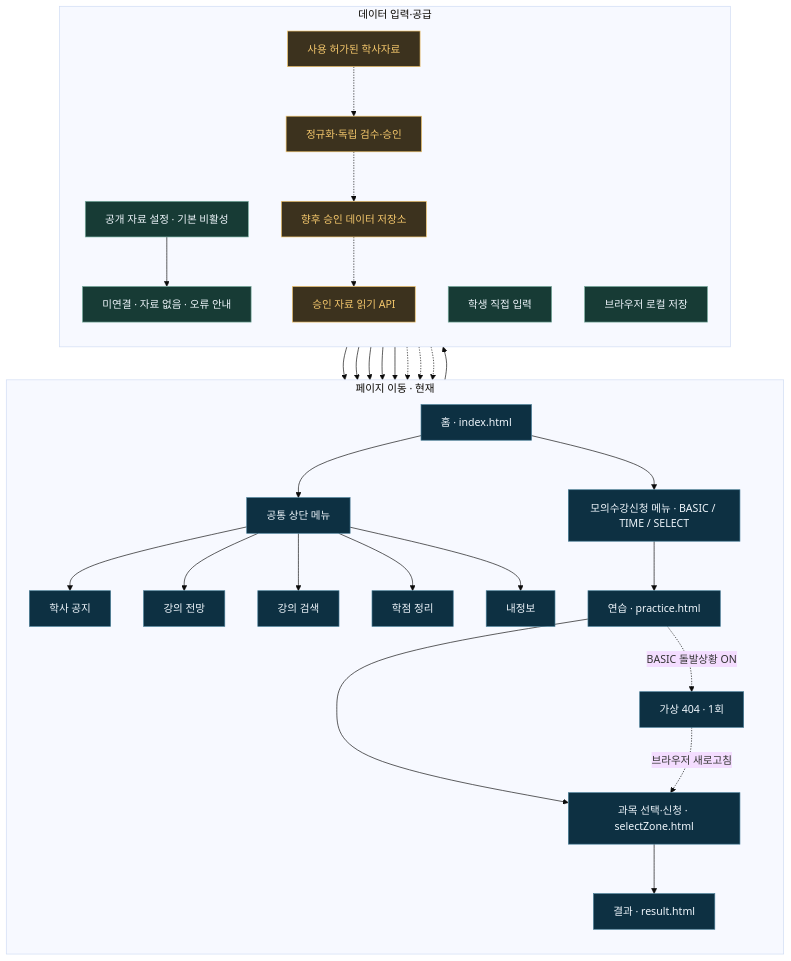
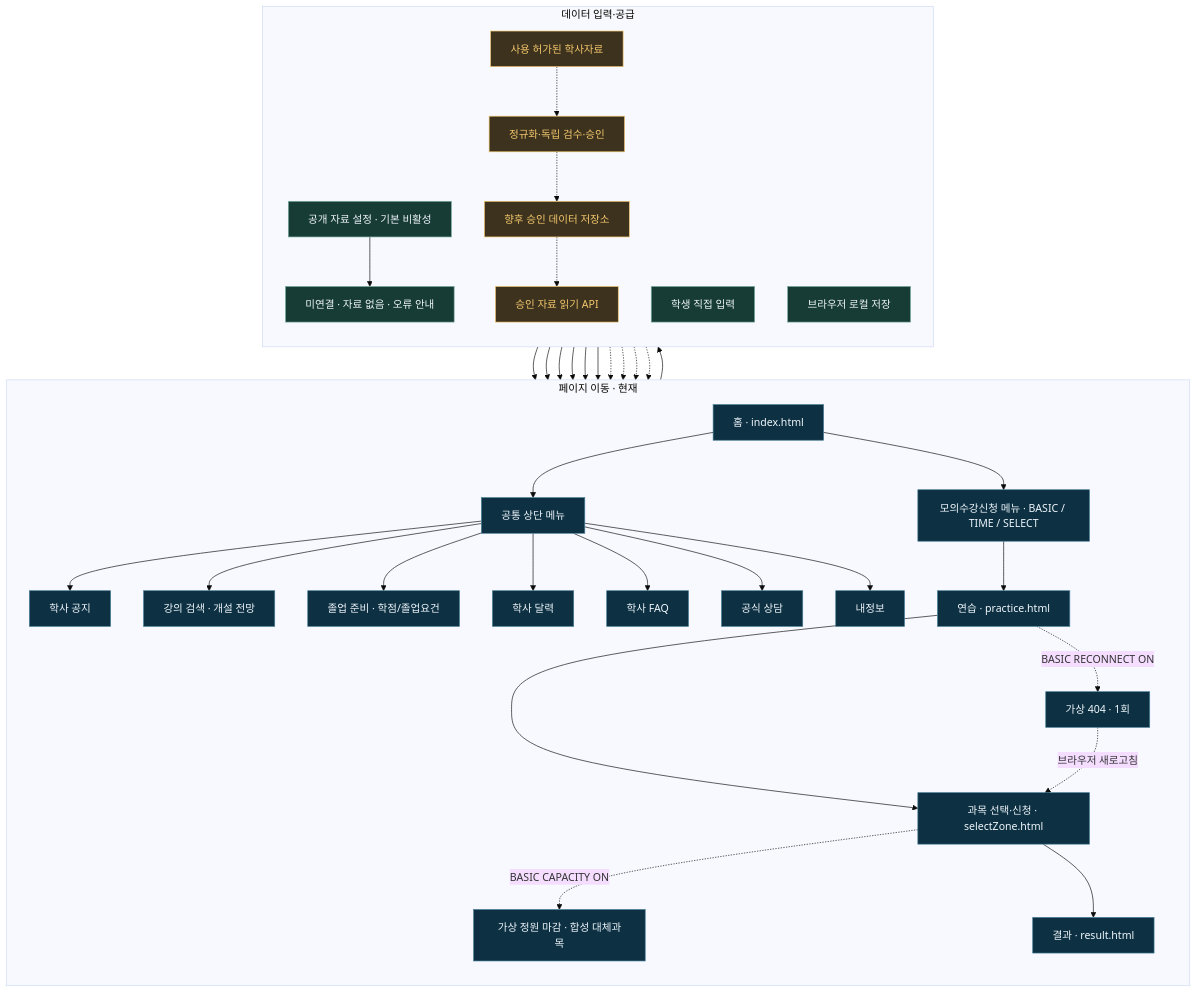
The second of 2 diagrams in README.md (chny0n/Hanmo), drawn with Mermaid (base theme) before and after one commit. The commit also changed other lines of this file, not shown here.

Commit message:
docs: sync README with current UI and BASIC capacity

````diff
--- a/README.md
+++ b/README.md
@@ -122,42 +124,47 @@
 ```mermaid
 flowchart TB
     subgraph P["페이지 이동 · 현재"]
         direction TB
         H["홈 · index.html"] --> NAV["공통 상단 메뉴"]
         NAV --> N["학사 공지"]
-        NAV --> F["강의 전망"]
-        NAV --> C["강의 검색"]
-        NAV --> G["학점 정리"]
+        NAV --> C["강의 검색 · 개설 전망"]
+        NAV --> G["졸업 준비 · 학점/졸업요건"]
+        NAV --> CAL["학사 달력"]
+        NAV --> FAQ["학사 FAQ"]
+        NAV --> SUP["공식 상담"]
         NAV --> I["내정보"]
         H --> M["모의수강신청 메뉴 · BASIC / TIME / SELECT"]
         M --> PR["연습 · practice.html"]
         PR --> SZ["과목 선택·신청 · selectZone.html"]
-        PR -. "BASIC 돌발상황 ON" .-> ERR["가상 404 · 1회"]
+        PR -. "BASIC RECONNECT ON" .-> ERR["가상 404 · 1회"]
         ERR -. "브라우저 새로고침" .-> SZ
+        SZ -. "BASIC CAPACITY ON" .-> CAP["가상 정원 마감 · 합성 대체과목"]
         SZ --> R["결과 · result.html"]
     end
 
     subgraph D["데이터 입력·공급"]
         direction TB
         J["공개 자료 설정 · 기본 비활성"] --> E["미연결 · 자료 없음 · 오류 안내"]
         E --> N
-        E --> F
         E --> C
+        E --> CAL
+        E --> FAQ
         U["학생 직접 입력"] --> I
         I --> LS["브라우저 로컬 저장"]
         U --> G
         S["사용 허가된 학사자료"] -.-> V["정규화·독립 검수·승인"]
         V -.-> DB["향후 승인 데이터 저장소"]
         DB -.-> API["승인 자료 읽기 API"]
         API -.-> N
-        API -.-> F
         API -.-> C
+        API -.-> CAL
+        API -.-> FAQ
     end
 
     classDef page fill:#0d3042,stroke:#467c96,color:#eff6fc
     classDef data fill:#173b35,stroke:#78ad9e,color:#eff6fc
     classDef planned fill:#3c321e,stroke:#f4c76c,color:#f4c76c
-    class H,NAV,N,F,C,G,I,M,PR,SZ,R,ERR page
+    class H,NAV,N,C,G,CAL,FAQ,SUP,I,M,PR,SZ,R,ERR,CAP page
     class J,E,U,LS data
     class S,V,DB,API planned
 ```
````
